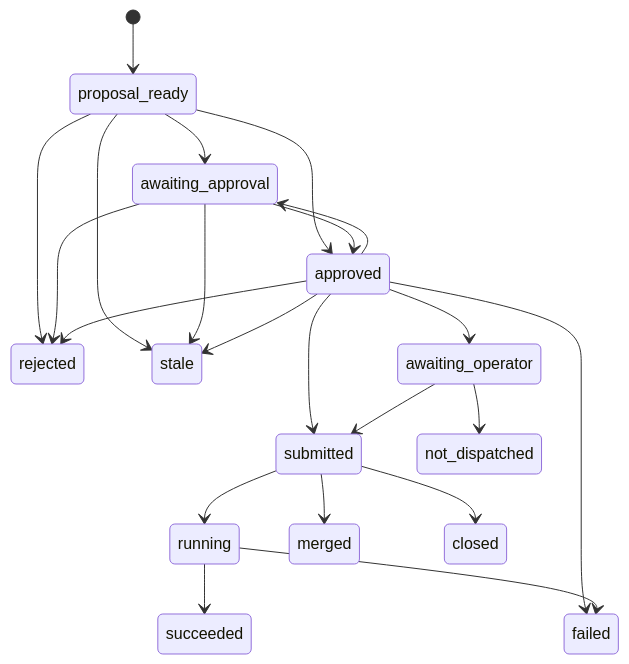
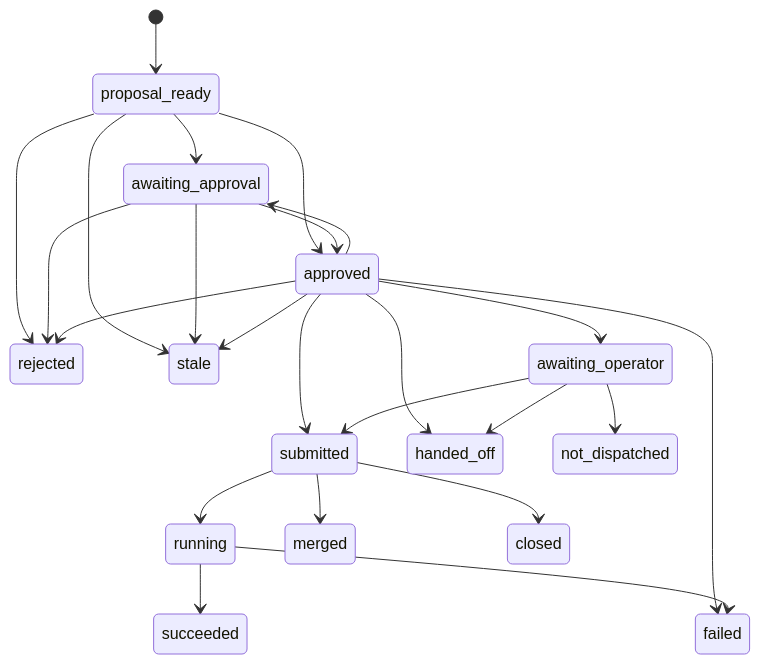
Before and after one commit to redhat-openshift-partner-labs/aura: the diagram in docs/plans/06-phase-3-approved-execution.md, drawn with Mermaid. The commit also changed other lines of this file, not shown here.

````diff
--- a/docs/plans/06-phase-3-approved-execution.md
+++ b/docs/plans/06-phase-3-approved-execution.md
@@ -110,24 +111,26 @@
 ```mermaid
 stateDiagram-v2
   [*] --> proposal_ready
   proposal_ready --> awaiting_approval
   proposal_ready --> approved
   proposal_ready --> rejected
   proposal_ready --> stale
   awaiting_approval --> approved
   awaiting_approval --> rejected
   awaiting_approval --> stale
   approved --> awaiting_approval
   approved --> rejected
   approved --> stale
   approved --> awaiting_operator
   approved --> submitted
+  approved --> handed_off
   approved --> failed
   awaiting_operator --> submitted
+  awaiting_operator --> handed_off
   awaiting_operator --> not_dispatched
   submitted --> running
   submitted --> merged
   submitted --> closed
   running --> succeeded
   running --> failed
 ```
````
